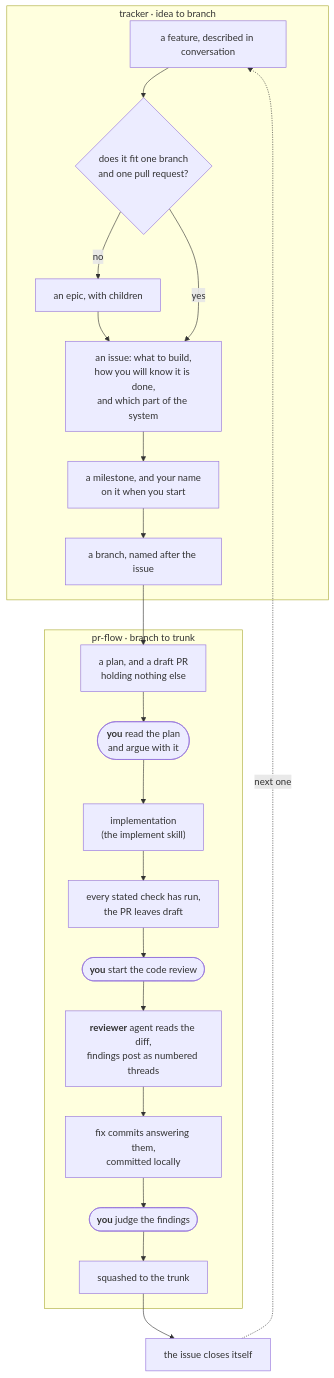
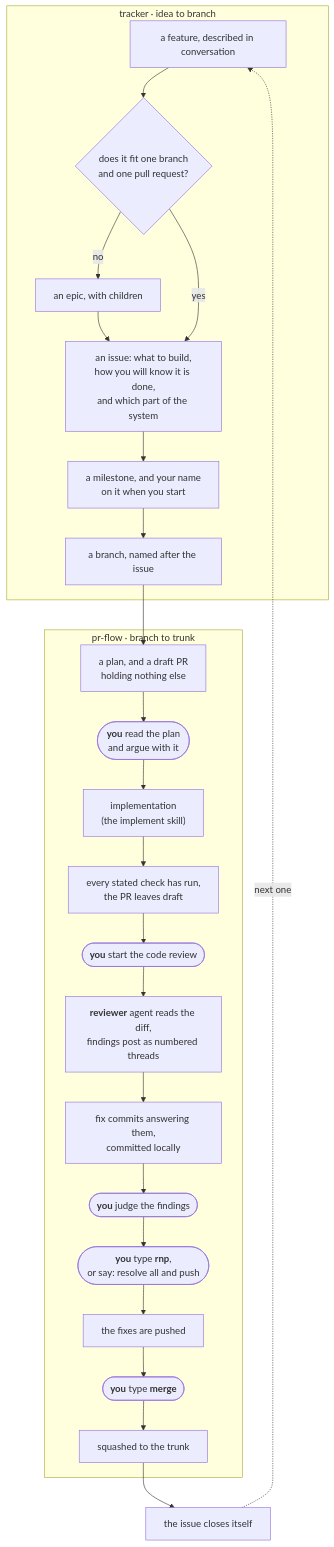
The diagram in plugins/gh-solo/skills/tracker/README.md (izkreny/agentifico), drawn with Mermaid before and after one commit. The commit also changed 37 other files, not shown here.

````diff
--- a/plugins/gh-solo/skills/tracker/README.md
+++ b/plugins/gh-solo/skills/tracker/README.md
@@ -26,26 +26,29 @@
 ```mermaid
 flowchart TD
     subgraph tracker["tracker · idea to branch"]
         A["a feature, described in conversation"] --> B{"does it fit one branch<br/>and one pull request?"}
         B -->|"no"| C["an epic, with children"]
         C --> D["an issue: what to build,<br/>how you will know it is done,<br/>and which part of the system"]
         B -->|"yes"| D
         D --> E["a milestone, and your name<br/>on it when you start"]
         E --> F["a branch, named after the issue"]
     end
 
     subgraph prflow["pr-flow · branch to trunk"]
         F --> G["a plan, and a draft PR<br/>holding nothing else"]
         G --> STOP(["<b>you</b> read the plan<br/>and argue with it"])
         STOP --> H["implementation<br/>(the implement skill)"]
         H --> I["every stated check has run,<br/>the PR leaves draft"]
         I --> J(["<b>you</b> start the code review"])
         J --> K["<b>reviewer</b> agent reads the diff,<br/>findings post as numbered threads"]
         K --> L["fix commits answering them,<br/>committed locally"]
         L --> K2(["<b>you</b> judge the findings"])
-        K2 --> M["squashed to the trunk"]
+        K2 --> K3(["<b>you</b> type <b>rnp</b>,<br/>or say: resolve all and push"])
+        K3 --> L2["the fixes are pushed"]
+        L2 --> K4(["<b>you</b> type <b>merge</b>"])
+        K4 --> M["squashed to the trunk"]
     end
 
     M --> N["the issue closes itself"]
     N -.->|"next one"| A
 ```
````
